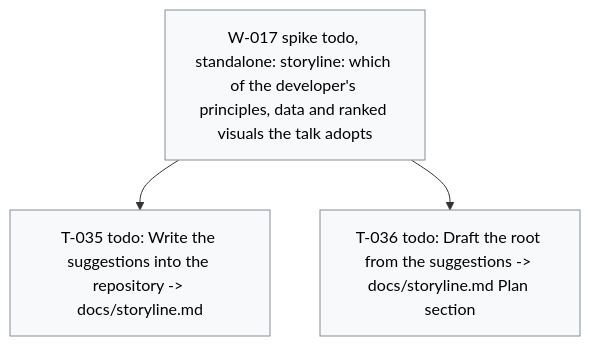
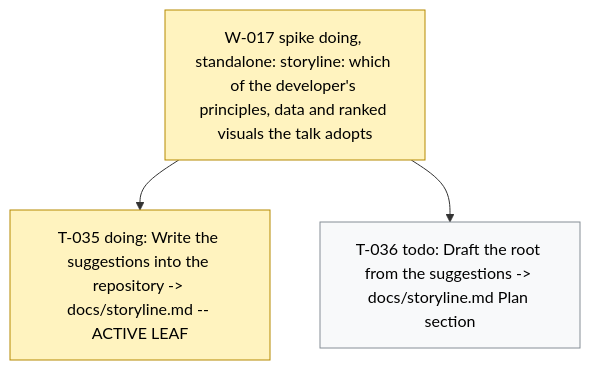
The diagram in .board/BOARD.md (dpopchev/chaos-to-simple), drawn with Mermaid before and after one commit. The commit also changed other lines of this file and 2 other files, not shown here.

Commit message:
chore(board): activate W-017, start T-035
Refs: W-017 T-035

````diff
--- a/.board/BOARD.md
+++ b/.board/BOARD.md
@@ -112,12 +112,13 @@
 ```mermaid
 flowchart TD
-  W017["W-017 spike todo, standalone: storyline: which of the developer's principles, data and ranked visuals the talk adopts"]
-  W017 --> T035["T-035 todo: Write the suggestions into the repository -> docs/storyline.md"]
+  W017["W-017 spike doing, standalone: storyline: which of the developer's principles, data and ranked visuals the talk adopts"]
+  W017 --> T035["T-035 doing: Write the suggestions into the repository -> docs/storyline.md -- ACTIVE LEAF"]
   W017 --> T036["T-036 todo: Draft the root from the suggestions -> docs/storyline.md Plan section"]
   classDef doing fill:#fff3bf,stroke:#b58900,color:#000;
   classDef blocked fill:#ffe3e3,stroke:#c92a2a,color:#000;
   classDef done fill:#e6ffed,stroke:#2b8a3e,color:#000;
   classDef todo fill:#f8f9fa,stroke:#868e96,color:#000;
   classDef pruned fill:#f1f3f5,stroke:#adb5bd,color:#000;
-  class W017,T035,T036 todo
+  class W017,T035 doing
+  class T036 todo
 ```
````
